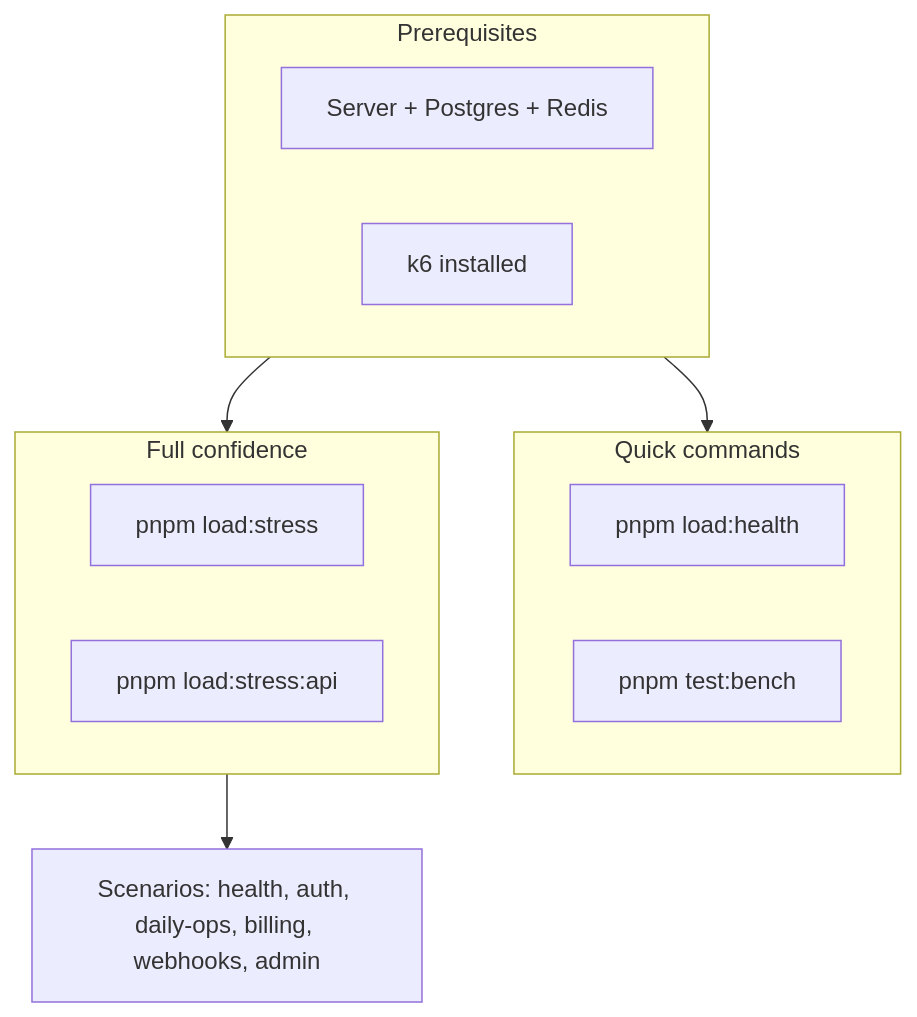
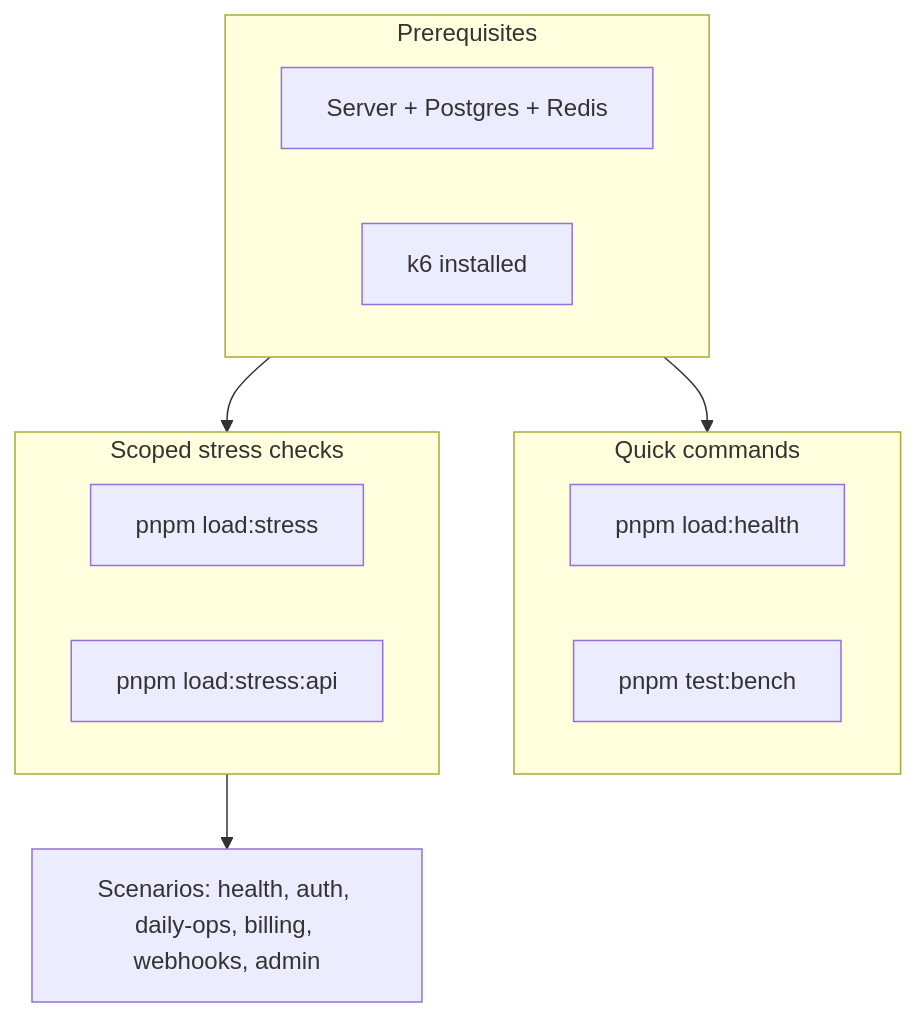
The diagram in docs/reference/testing/load-testing.md (albetrios/clinozy-be), drawn with Mermaid before and after one commit. The commit also changed other lines of this file and 112 other files, not shown here.

````diff
--- a/docs/reference/testing/load-testing.md
+++ b/docs/reference/testing/load-testing.md
@@ -11,21 +11,21 @@
 ```mermaid
 flowchart TB
   subgraph prereq [Prerequisites]
     Server[Server + Postgres + Redis]
     k6_install[k6 installed]
   end
 
   subgraph quick [Quick commands]
     Health[pnpm load:health]
     Bench[pnpm test:bench]
   end
 
-  subgraph full [Full confidence]
+  subgraph full [Scoped stress checks]
     Stress[pnpm load:stress]
     StressAPI[pnpm load:stress:api]
   end
 
   prereq --> quick
   prereq --> full
   full --> Scenarios[Scenarios: health, auth, daily-ops, billing, webhooks, admin]
 ```
````
